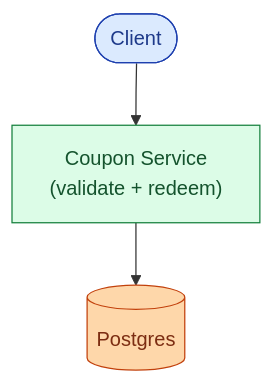
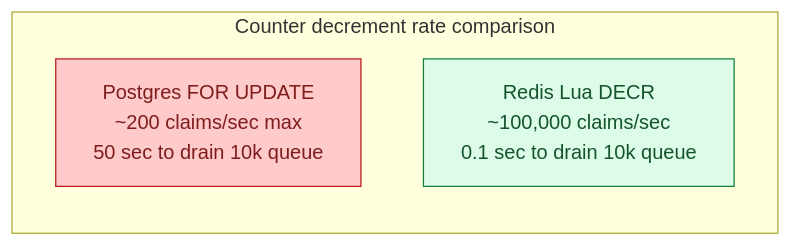
One commit to shiningflash/system-design changed the fifth of 11 diagrams in problems/014-coupon-redemption/question.md. Above: the diagram before and after it, drawn with Mermaid. The commit also changed other lines of this file and 37 other files, not shown here.

````diff
--- a/problems/014-coupon-redemption/question.md
+++ b/problems/014-coupon-redemption/question.md
@@ -248,9 +187,10 @@
 ```mermaid
-flowchart TB
-    C([Client]):::user --> S["Coupon Service<br/>(validate + redeem)"]:::app
-    S --> DB[("Postgres")]:::db
+flowchart LR
+    subgraph Rates["Counter decrement rate comparison"]
+        PG["Postgres FOR UPDATE<br/>~200 claims/sec max<br/>50 sec to drain 10k queue"]:::bad
+        RD["Redis Lua DECR<br/>~100,000 claims/sec<br/>0.1 sec to drain 10k queue"]:::ok
+    end
 
-    classDef user  fill:#dbeafe,stroke:#1e40af,color:#1e3a8a
-    classDef app   fill:#dcfce7,stroke:#15803d,color:#14532d
-    classDef db    fill:#fed7aa,stroke:#c2410c,color:#7c2d12
+    classDef ok  fill:#dcfce7,stroke:#15803d,color:#14532d
+    classDef bad fill:#fecaca,stroke:#b91c1c,color:#7f1d1d
 ```
````
